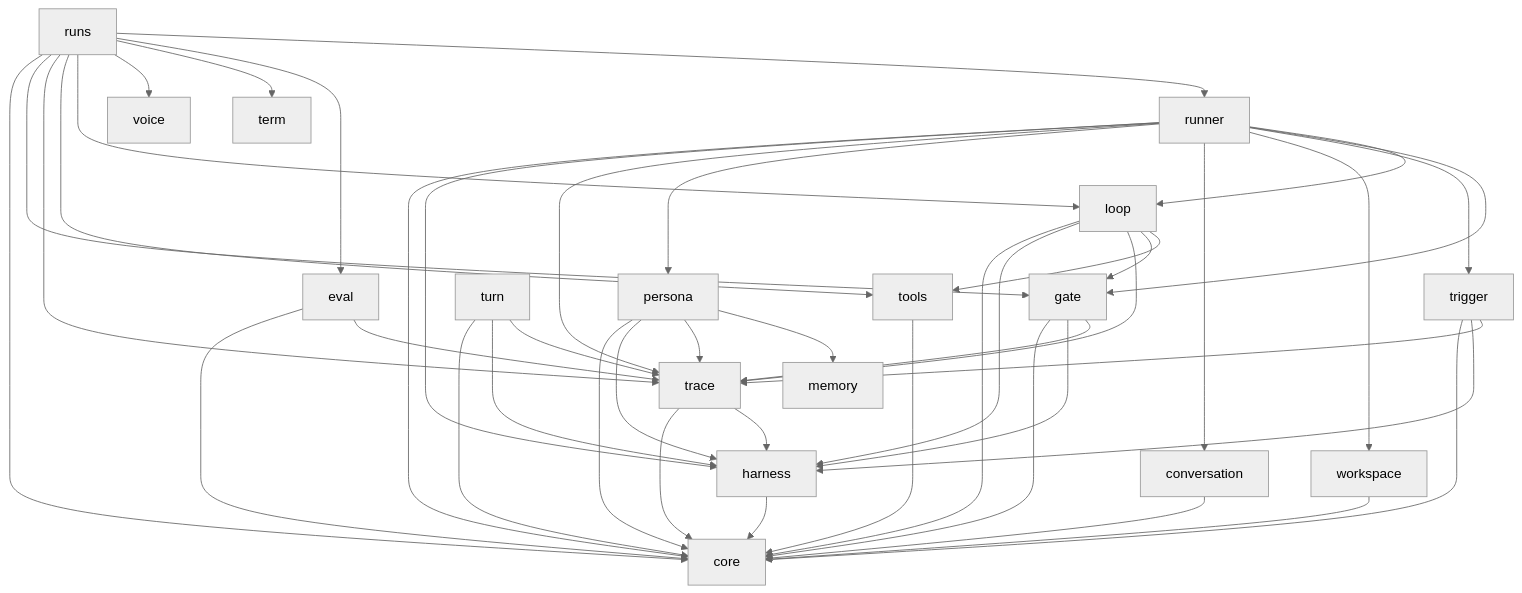
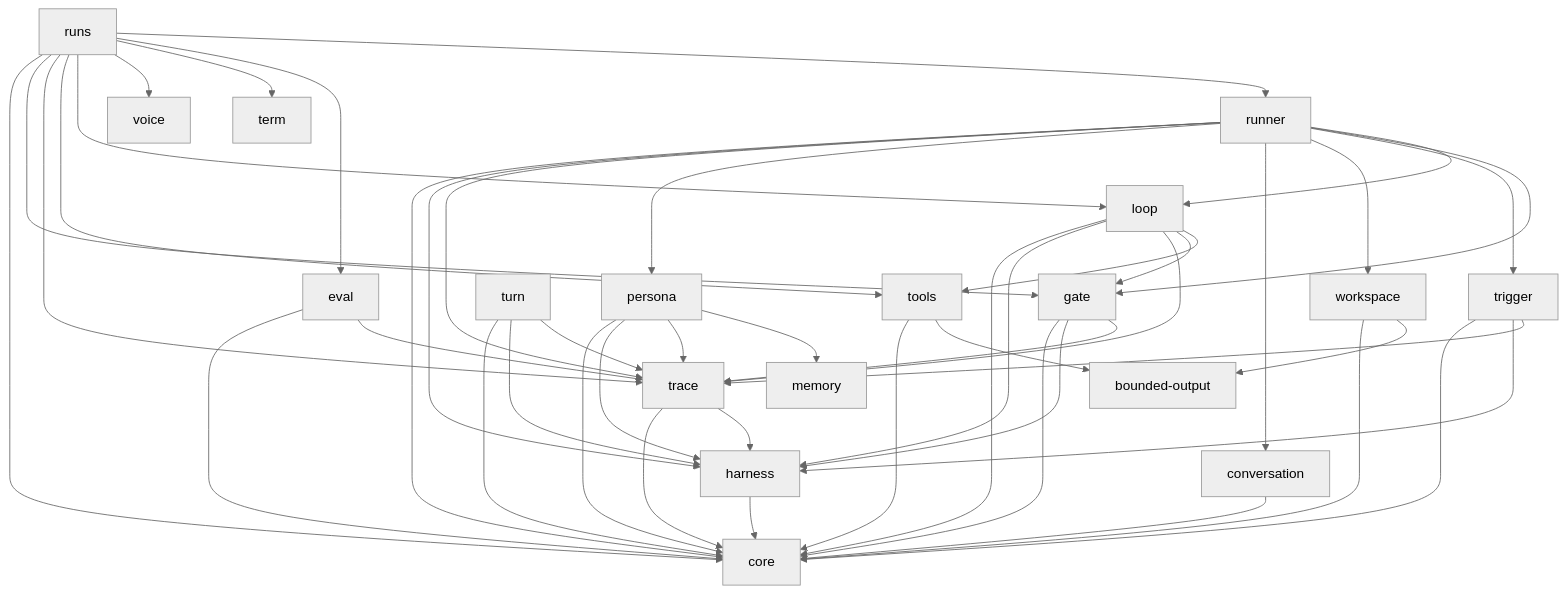
Before and after one commit to marromugi/mg: the diagram in README.md, drawn with Mermaid (neutral theme). The commit also changed other lines of this file and 24 other files, not shown here.

````diff
--- a/README.md
+++ b/README.md
@@ -93,47 +95,49 @@
 ```mermaid
 graph TD
   runs --> runner
   runs --> eval
   runs --> term
   runs --> voice
   runs --> loop
   runs --> tools
   runs --> trace
   runs --> gate
   runs --> core
   runner --> loop
   runner --> gate
   runner --> trigger
   runner --> workspace
   runner --> conversation
   runner --> persona
   runner --> trace
   runner --> harness
   runner --> core
   loop --> tools
   loop --> gate
   loop --> trace
   loop --> harness
   loop --> core
   persona --> memory
   persona --> trace
   persona --> harness
   persona --> core
   gate --> trace
   gate --> harness
   gate --> core
   trigger --> trace
   trigger --> harness
   trigger --> core
   turn --> trace
   turn --> harness
   turn --> core
   eval --> trace
   eval --> core
   trace --> harness
   trace --> core
   harness --> core
+  tools --> bounded-output
   tools --> core
+  workspace --> bounded-output
   workspace --> core
   conversation --> core
 ```
````
